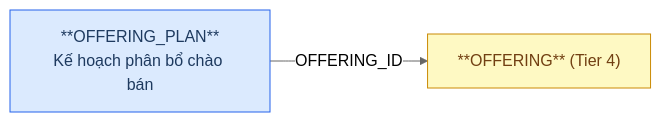
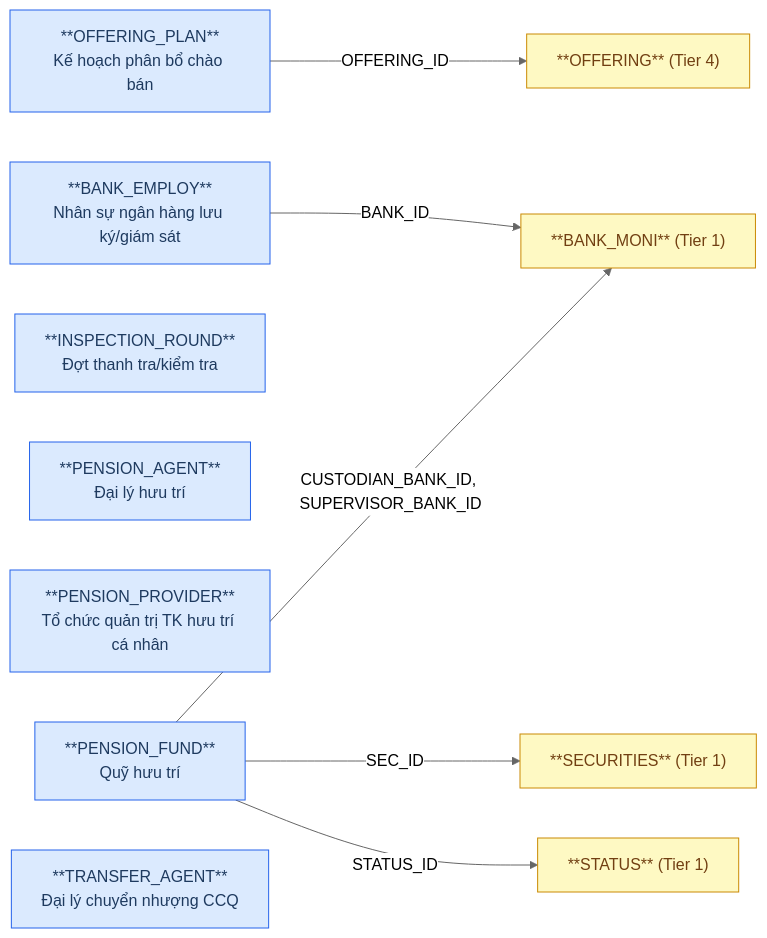
Before and after one commit to linhlvit/ubck_atomic_design: the first of 2 diagrams in DataModel/working/Atomic/hld/FMS_HLD_Tier5.md, drawn with Mermaid (neutral theme). The commit also changed other lines of this file and 105 other files, not shown here.

````diff
--- a/DataModel/working/Atomic/hld/FMS_HLD_Tier5.md
+++ b/DataModel/working/Atomic/hld/FMS_HLD_Tier5.md
@@ -21,11 +30,24 @@
 ```mermaid
 graph LR
     classDef src fill:#dbeafe,stroke:#2563eb,color:#1e3a5f
     classDef outscope fill:#fef9c3,stroke:#ca8a04,color:#713f12
 
     OFFERING_PLAN["**OFFERING_PLAN**\nKế hoạch phân bổ chào bán"]:::src
+    BANK_EMPLOY["**BANK_EMPLOY**\nNhân sự ngân hàng lưu ký/giám sát"]:::src
+    INSPECTION_ROUND["**INSPECTION_ROUND**\nĐợt thanh tra/kiểm tra"]:::src
+    PENSION_AGENT["**PENSION_AGENT**\nĐại lý hưu trí"]:::src
+    PENSION_PROVIDER["**PENSION_PROVIDER**\nTổ chức quản trị TK hưu trí cá nhân"]:::src
+    PENSION_FUND["**PENSION_FUND**\nQuỹ hưu trí"]:::src
+    TRANSFER_AGENT["**TRANSFER_AGENT**\nĐại lý chuyển nhượng CCQ"]:::src
 
     OFFERING["**OFFERING** (Tier 4)"]:::outscope
+    BANK_MONI["**BANK_MONI** (Tier 1)"]:::outscope
+    SECURITIES["**SECURITIES** (Tier 1)"]:::outscope
+    STATUS["**STATUS** (Tier 1)"]:::outscope
 
     OFFERING_PLAN -->|"OFFERING_ID"| OFFERING
+    BANK_EMPLOY -->|"BANK_ID"| BANK_MONI
+    PENSION_FUND -->|"SEC_ID"| SECURITIES
+    PENSION_FUND -->|"CUSTODIAN_BANK_ID, SUPERVISOR_BANK_ID"| BANK_MONI
+    PENSION_FUND -->|"STATUS_ID"| STATUS
 ```
````
